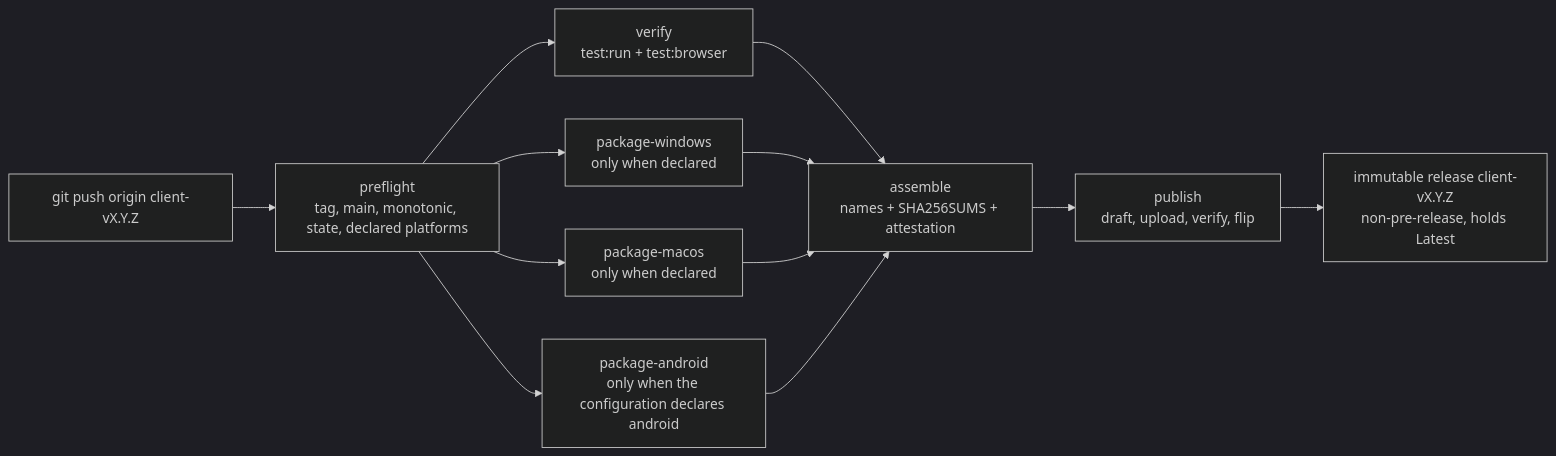
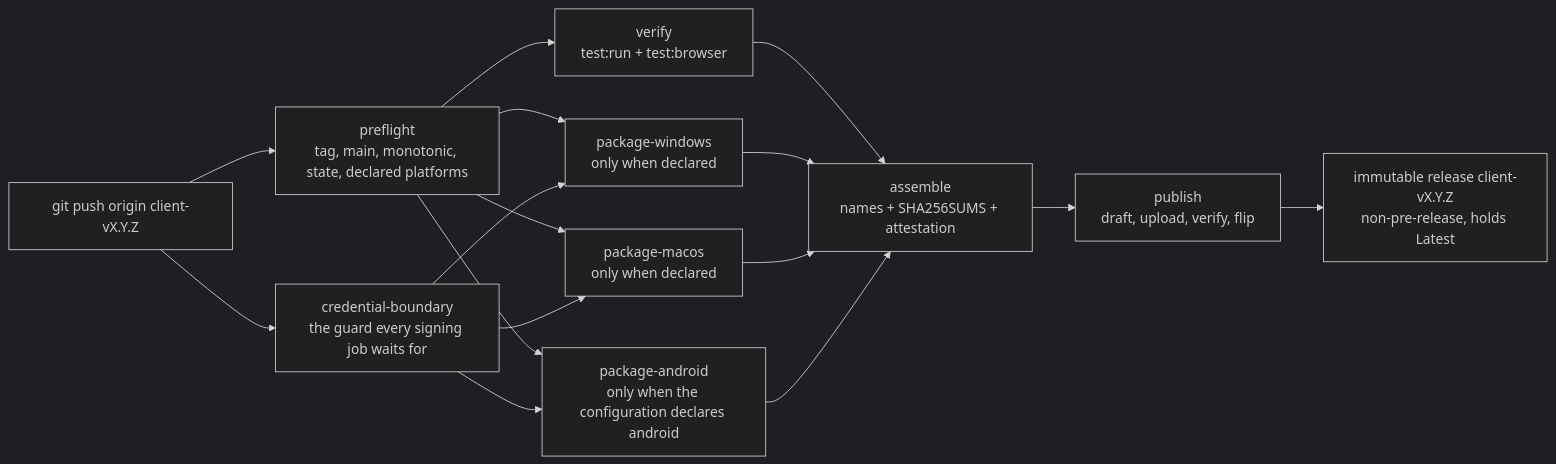
The diagram in docs/client-release.md (anywear-ai/AnyWear-Client), drawn with Mermaid (dark theme) before and after one commit. The commit also changed 4 other files, not shown here.

````diff
--- a/docs/client-release.md
+++ b/docs/client-release.md
@@ -23,14 +23,18 @@
 ```mermaid
 flowchart LR
     T["git push origin client-vX.Y.Z"] --> PF["preflight<br/>tag, main, monotonic, state, declared platforms"]
+    T --> CB["credential-boundary<br/>the guard every signing job waits for"]
     PF --> V["verify<br/>test:run + test:browser"]
     PF --> W["package-windows<br/>only when declared"]
     PF --> M["package-macos<br/>only when declared"]
     PF --> A["package-android<br/>only when the configuration declares android"]
+    CB --> W
+    CB --> M
+    CB --> A
     V --> AS["assemble<br/>names + SHA256SUMS + attestation"]
     W --> AS
     M --> AS
     A --> AS
     AS --> P["publish<br/>draft, upload, verify, flip"]
     P --> R["immutable release client-vX.Y.Z<br/>non-pre-release, holds Latest"]
 ```
````
